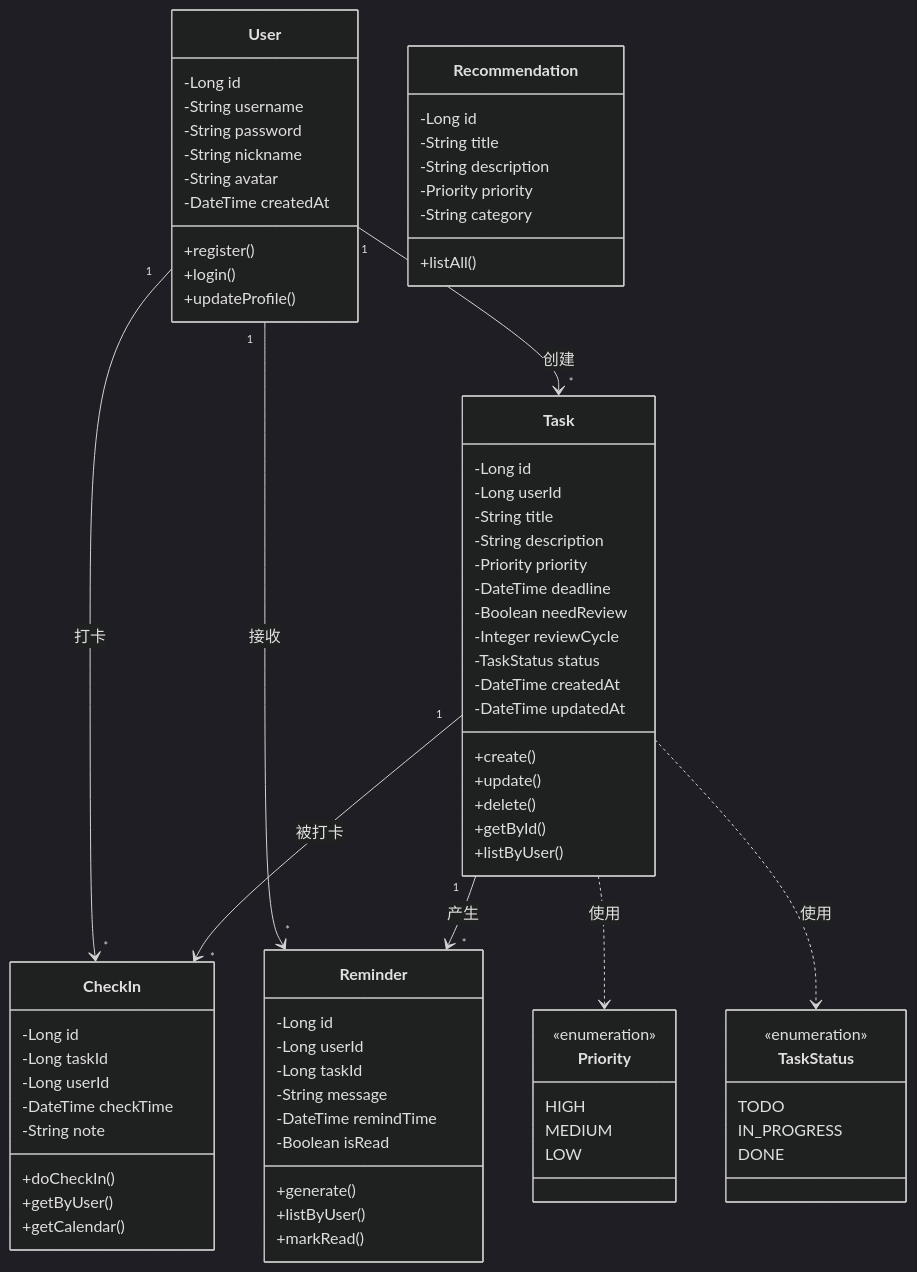
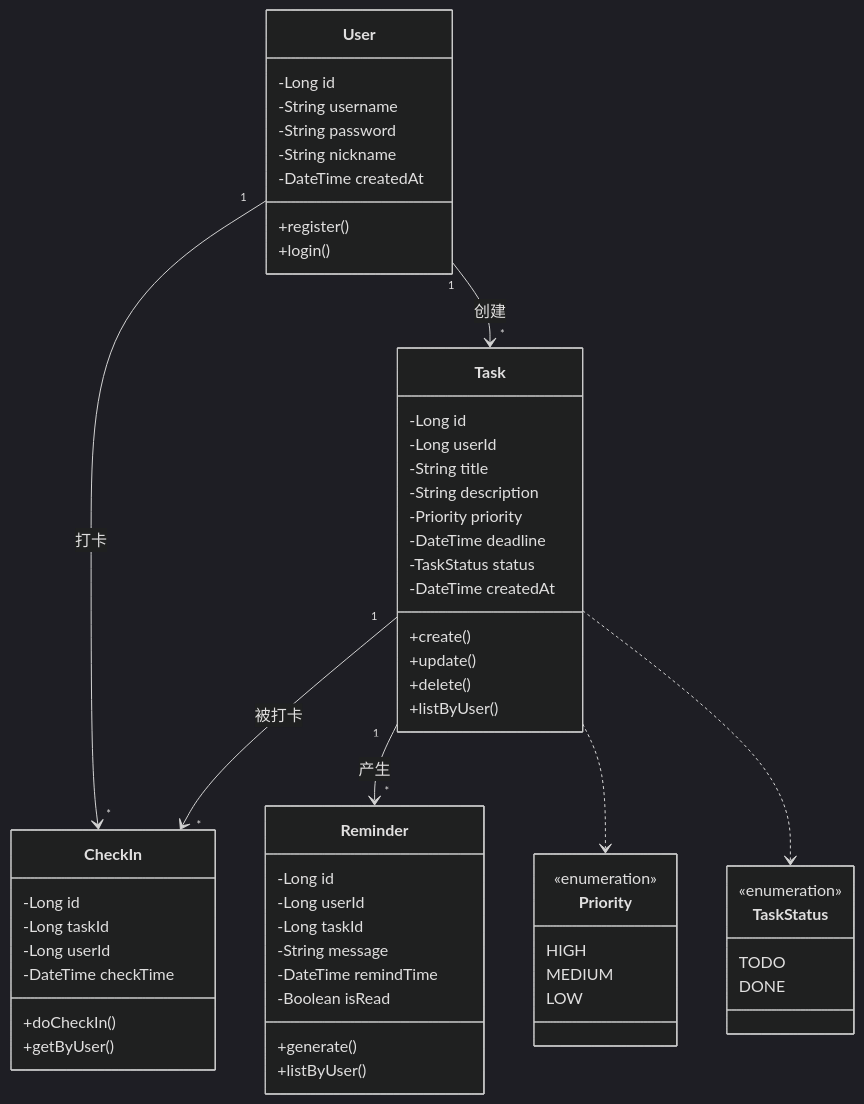
Before and after one commit to TonyzzZ666/Study-Agent: the sixth of 7 diagrams in 需求报告.md, drawn with Mermaid (dark theme). The commit also changed other lines of this file and 3 other files, not shown here.

````diff
--- a/需求报告.md
+++ b/需求报告.md
@@ -372,11 +191,9 @@
         -String username
         -String password
         -String nickname
-        -String avatar
         -DateTime createdAt
         +register()
         +login()
-        +updateProfile()
     }
 
     class Task {
@@ -386,15 +203,11 @@
         -String description
         -Priority priority
         -DateTime deadline
-        -Boolean needReview
-        -Integer reviewCycle
         -TaskStatus status
         -DateTime createdAt
-        -DateTime updatedAt
         +create()
         +update()
         +delete()
-        +getById()
         +listByUser()
     }
 
@@ -403,10 +216,8 @@
         -Long taskId
         -Long userId
         -DateTime checkTime
-        -String note
         +doCheckIn()
         +getByUser()
-        +getCalendar()
     }
 
     class Reminder {
@@ -418,16 +229,6 @@
         -Boolean isRead
         +generate()
         +listByUser()
-        +markRead()
-    }
-
-    class Recommendation {
-        -Long id
-        -String title
-        -String description
-        -Priority priority
-        -String category
-        +listAll()
     }
 
     class Priority {
@@ -440,15 +241,13 @@
     class TaskStatus {
         <<enumeration>>
         TODO
-        IN_PROGRESS
         DONE
     }
 
     User "1" --> "*" Task : 创建
     User "1" --> "*" CheckIn : 打卡
-    User "1" --> "*" Reminder : 接收
     Task "1" --> "*" CheckIn : 被打卡
     Task "1" --> "*" Reminder : 产生
-    Task ..> Priority : 使用
-    Task ..> TaskStatus : 使用
+    Task ..> Priority
+    Task ..> TaskStatus
 ```
````
